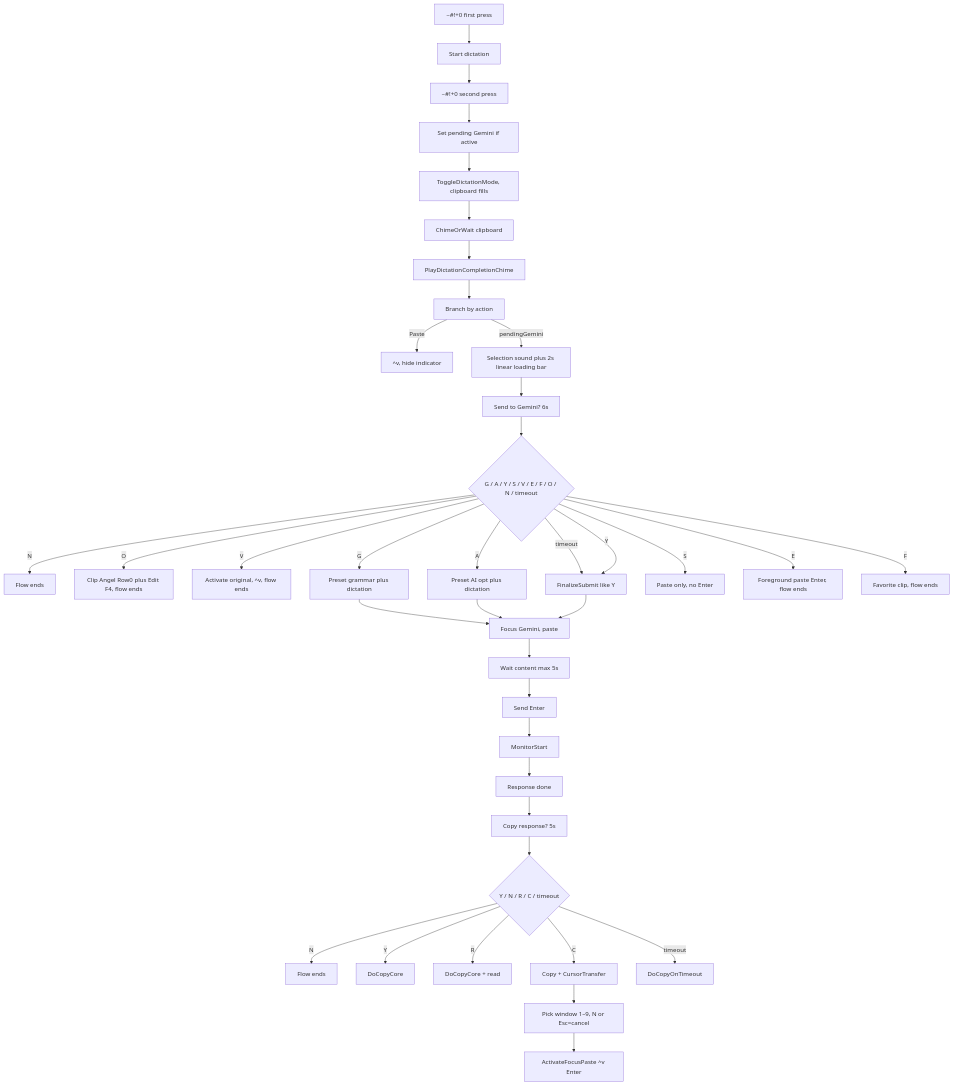
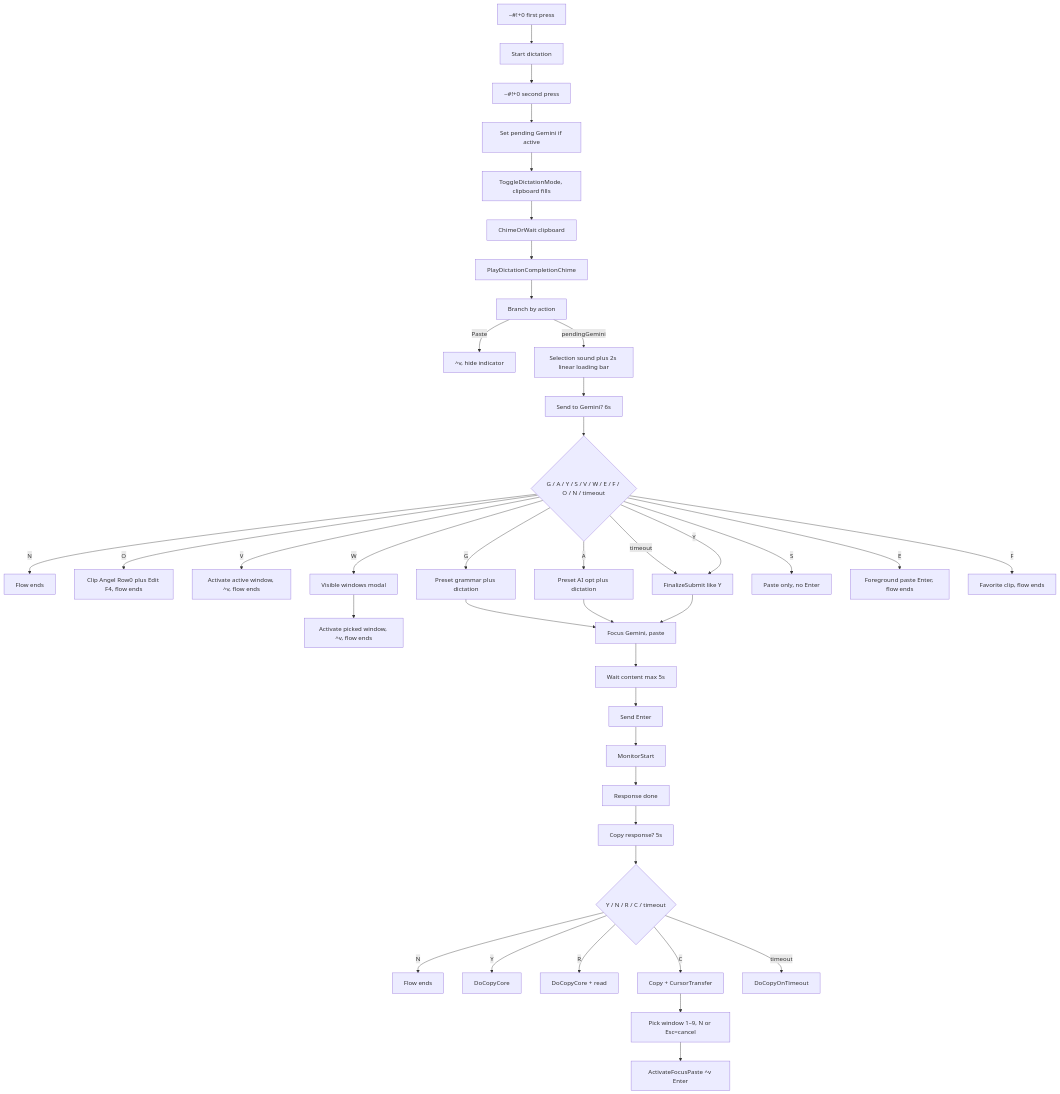
Before and after one commit to duducm2/scripts: the first of 2 diagrams in docs/dictation-to-gemini-cursor-flow.md, drawn with Mermaid. The commit also changed other lines of this file and 5 other files, not shown here.

Commit message:
Enhance D2C flow management: add 'W' option for visible window paste selection, update paste activation logic, and improve documentation for user actions. Update global state management to reflect new paste options.

````diff
--- a/docs/dictation-to-gemini-cursor-flow.md
+++ b/docs/dictation-to-gemini-cursor-flow.md
@@ -21,42 +21,44 @@
 ```mermaid
 flowchart TB
     H0["~#!+0 first press"]
     H0 --> StartDict["Start dictation"]
     StartDict --> H0Stop["~#!+0 second press"]
     H0Stop --> SetPending["Set pending Gemini if active"]
     SetPending --> ToggleMode["ToggleDictationMode, clipboard fills"]
     ToggleMode --> WaitClip["ChimeOrWait clipboard"]
     WaitClip --> PlayChime["PlayDictationCompletionChime"]
     PlayChime --> Branch["Branch by action"]
     Branch --> |"Paste"| PasteOnly["^v, hide indicator"]
     Branch --> |"pendingGemini"| PreMenu["Selection sound plus 2s linear loading bar"]
     PreMenu --> ShowAndWait["Send to Gemini? 6s"]
-    ShowAndWait --> User6s{"G / A / Y / S / V / E / F / O / N / timeout"}
+    ShowAndWait --> User6s{"G / A / Y / S / V / W / E / F / O / N / timeout"}
     User6s --> |"N"| Stop6s["Flow ends"]
     User6s --> |"O"| ClipAngelOpen["Clip Angel Row0 plus Edit F4, flow ends"]
-    User6s --> |"V"| PasteOrig["Activate original, ^v, flow ends"]
+    User6s --> |"V"| PasteOrig["Activate active window, ^v, flow ends"]
+    User6s --> |"W"| VisiblePick["Visible windows modal"]
+    VisiblePick --> PasteVisible["Activate picked window, ^v, flow ends"]
     User6s --> |"timeout"| Finalize["FinalizeSubmit like Y"]
     User6s --> |"Y"| Finalize
     User6s --> |"G"| FinalizePreset["Preset grammar plus dictation"]
     User6s --> |"A"| FinalizeAiopt["Preset AI opt plus dictation"]
     FinalizePreset --> PasteGemini
     FinalizeAiopt --> PasteGemini
     User6s --> |"S"| PasteOnly6s["Paste only, no Enter"]
     User6s --> |"E"| PasteSendHere["Foreground paste Enter, flow ends"]
     User6s --> |"F"| FavoriteClip["Favorite clip, flow ends"]
     Finalize --> PasteGemini["Focus Gemini, paste"]
     PasteGemini --> WaitContent["Wait content max 5s"]
     WaitContent --> SendEnter["Send Enter"]
     SendEnter --> StartMonitor["MonitorStart"]
     StartMonitor --> ResponseDone["Response done"]
     ResponseDone --> BannerCopy["Copy response? 5s"]
     BannerCopy --> UserCopy{"Y / N / R / C / timeout"}
     UserCopy --> |"N"| StopCopy["Flow ends"]
     UserCopy --> |"Y"| DoCopyOnly["DoCopyCore"]
     UserCopy --> |"R"| DoCopyRead["DoCopyCore + read"]
     UserCopy --> |"C"| DoTransfer["Copy + CursorTransfer"]
     UserCopy --> |"timeout"| DoCopyTimeout["DoCopyOnTimeout"]
 
     DoTransfer --> SelectWin["Pick window 1–9, N or Esc=cancel"]
     SelectWin --> ActivatePaste["ActivateFocusPaste ^v Enter"]
 ```
````
